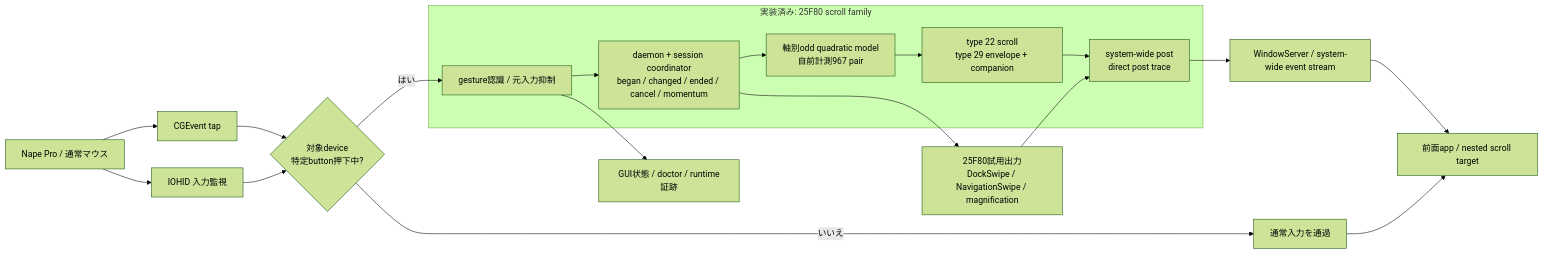
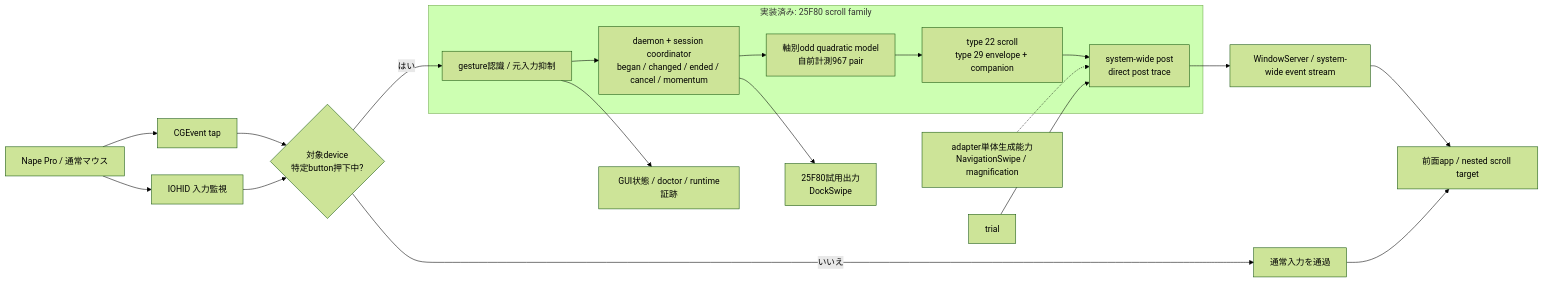
The first of 2 diagrams in README.md (char5742/nape-gesture), drawn with Mermaid (forest theme) before and after one commit. The commit also changed other lines of this file and 24 other files, not shown here.

````diff
--- a/README.md
+++ b/README.md
@@ -30,23 +30,24 @@
 ```mermaid
 flowchart LR
     mouse["Nape Pro / 通常マウス"] --> tap["CGEvent tap"]
     mouse --> hid["IOHID 入力監視"]
     tap --> gate{"対象device<br/>特定button押下中?"}
     hid --> gate
     gate -->|いいえ| pass["通常入力を通過"]
     gate -->|はい| recognize["gesture認識 / 元入力抑制"]
 
     subgraph scroll["実装済み: 25F80 scroll family"]
         recognize --> session["daemon + session coordinator<br/>began / changed / ended / cancel / momentum"]
         session --> model["軸別odd quadratic model<br/>自前計測967 pair"]
         model --> batch["type 22 scroll<br/>type 29 envelope + companion"]
         batch --> post["system-wide post<br/>direct post trace"]
     end
 
     post --> stream["WindowServer / system-wide event stream"]
     stream --> app["前面app / nested scroll target"]
     pass --> app
-    session --> trial["25F80試用出力<br/>DockSwipe / NavigationSwipe / magnification"]
+    session --> dock["25F80試用出力<br/>DockSwipe"]
+    contract["adapter単体生成能力<br/>NavigationSwipe / magnification"] -.-> post
     trial --> post
     recognize --> status["GUI状態 / doctor / runtime証跡"]
 ```
````
